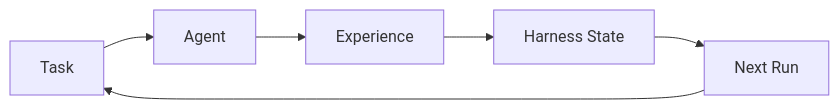
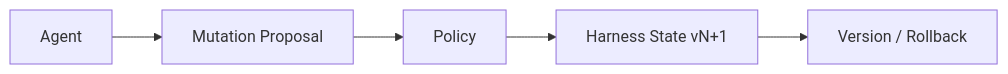
One commit to liuyueyi/hello-harness changed the first of 4 diagrams in docs/zh/tutorials/stage-7-hello-agent-lab/index.md. Above: the diagram before and after it, drawn with Mermaid. The commit also changed other lines of this file and 87 other files, not shown here.

````diff
--- a/docs/zh/tutorials/stage-7-hello-agent-lab/index.md
+++ b/docs/zh/tutorials/stage-7-hello-agent-lab/index.md
@@ -33,8 +33,7 @@
 ```mermaid
 flowchart LR
-  T[Task] --> A[Agent]
-  A --> EX[Experience]
-  EX --> HS[Harness State]
-  HS --> N[Next Run]
-  N --> T
+  A[Agent] --> MP[Mutation Proposal]
+  MP --> P[Policy]
+  P --> HS[Harness State vN+1]
+  HS --> V[Version / Rollback]
 ```
````
